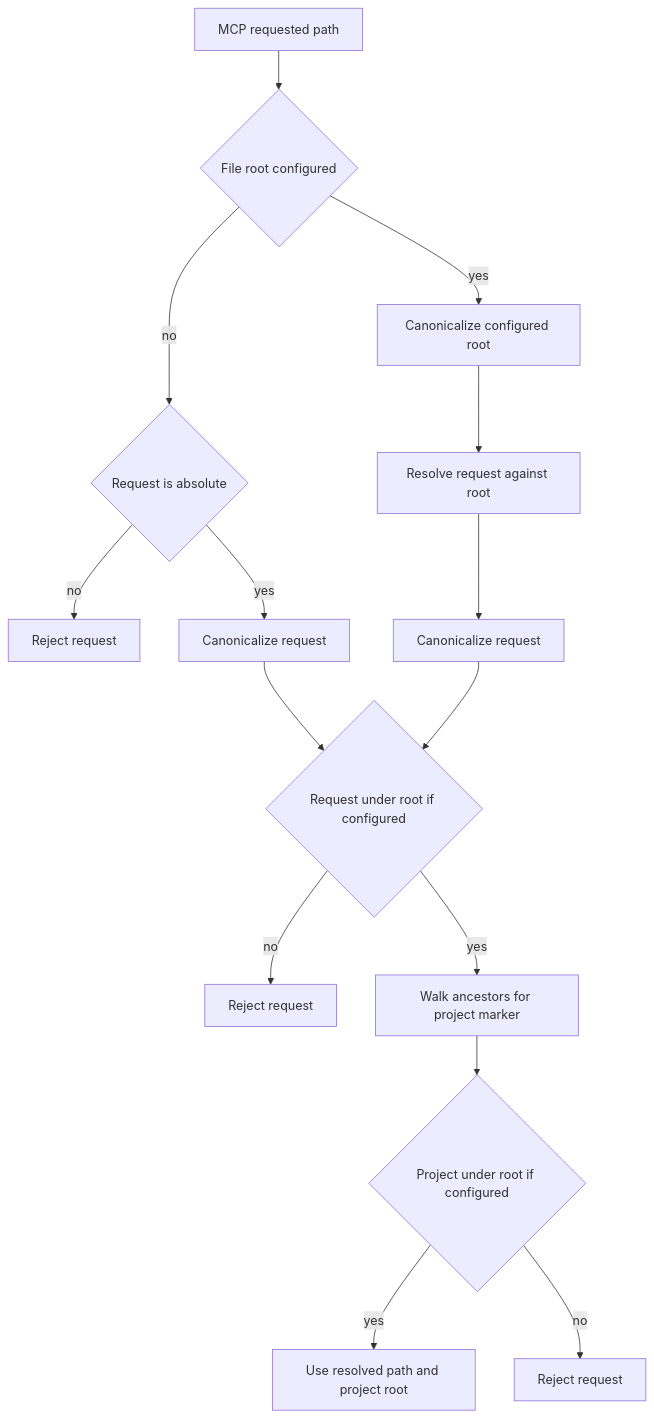
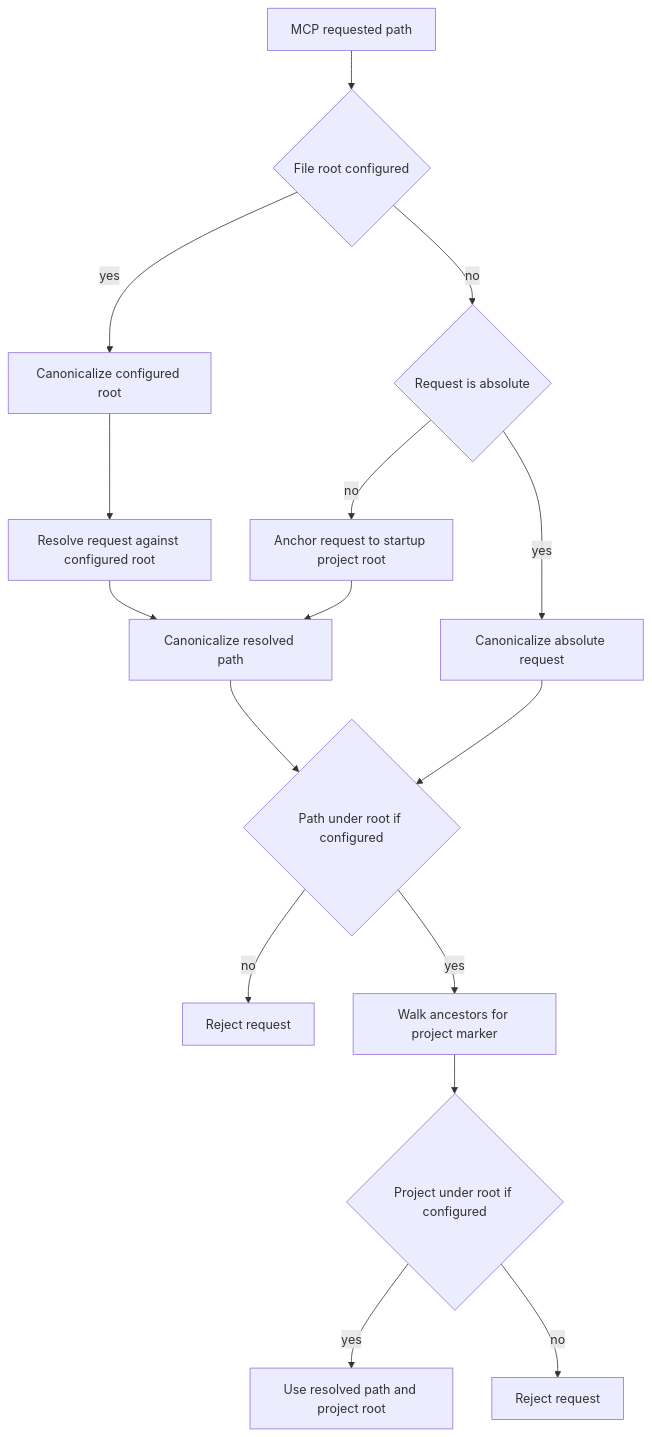
The second of 3 diagrams in openwiki/integrations/distribution.md (Krv-Labs/topos), drawn with Mermaid before and after one commit. The commit also changed other lines of this file and 23 other files, not shown here.

````diff
--- a/openwiki/integrations/distribution.md
+++ b/openwiki/integrations/distribution.md
@@ -133,17 +130,18 @@
 ```mermaid
 flowchart TD
     Request["MCP requested path"] --> RootSet{"File root configured"}
     RootSet -->|yes| Root["Canonicalize configured root"]
-    Root --> ResolveRelative["Resolve request against root"]
-    RootSet -->|no| Absolute{"Request is absolute"}
-    Absolute -->|no| RejectAbsolute["Reject request"]
-    Absolute -->|yes| ResolveAbsolute["Canonicalize request"]
-    ResolveRelative --> Canonical["Canonicalize request"]
-    ResolveAbsolute --> Boundary{"Request under root if configured"}
+    Root --> ResolveConfigured["Resolve request against configured root"]
+    RootSet -->|no| PathType{"Request is absolute"}
+    PathType -->|no| Startup["Anchor request to startup project root"]
+    PathType -->|yes| ResolveDirect["Canonicalize absolute request"]
+    ResolveConfigured --> Canonical["Canonicalize resolved path"]
+    Startup --> Canonical
+    ResolveDirect --> Boundary{"Path under root if configured"}
     Canonical --> Boundary
     Boundary -->|no| RejectBoundary["Reject request"]
     Boundary -->|yes| Discover["Walk ancestors for project marker"]
     Discover --> Project{"Project under root if configured"}
     Project -->|yes| Accept["Use resolved path and project root"]
     Project -->|no| RejectProject["Reject request"]
 ```
````
